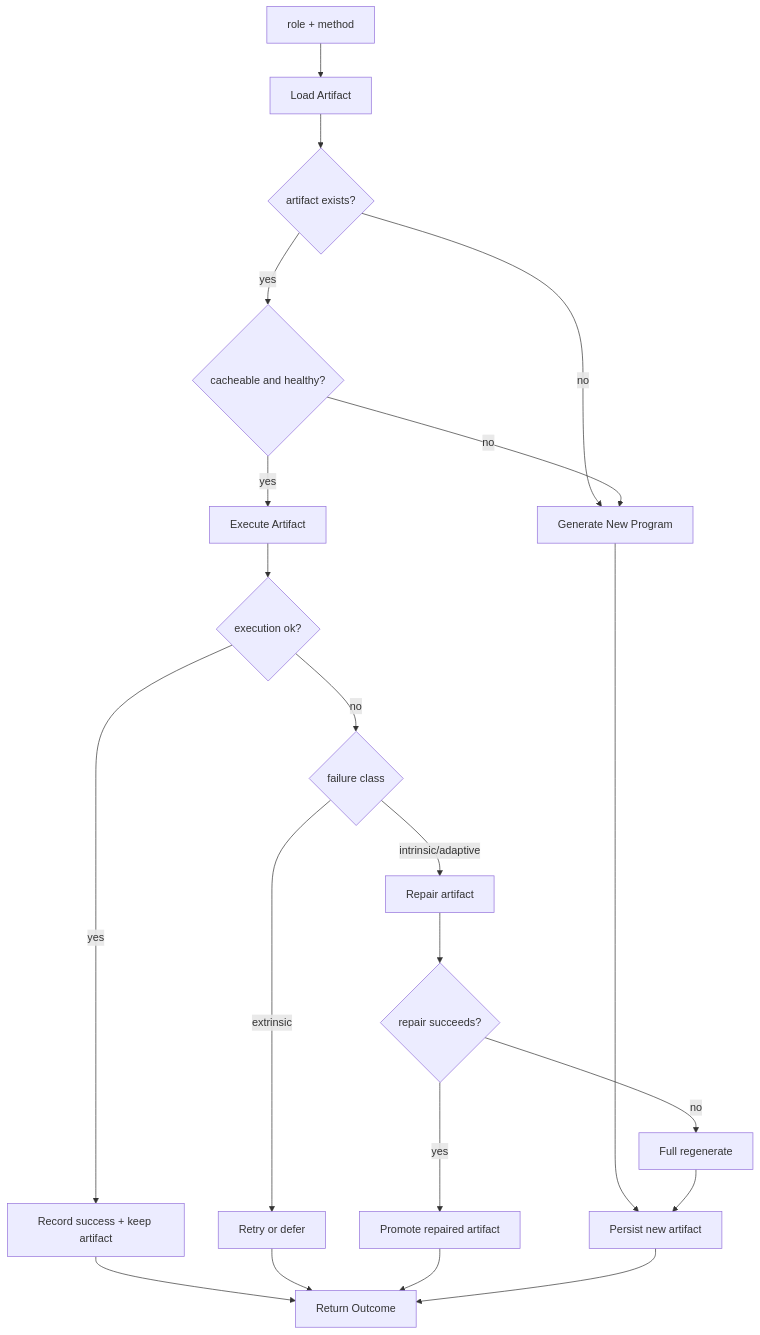
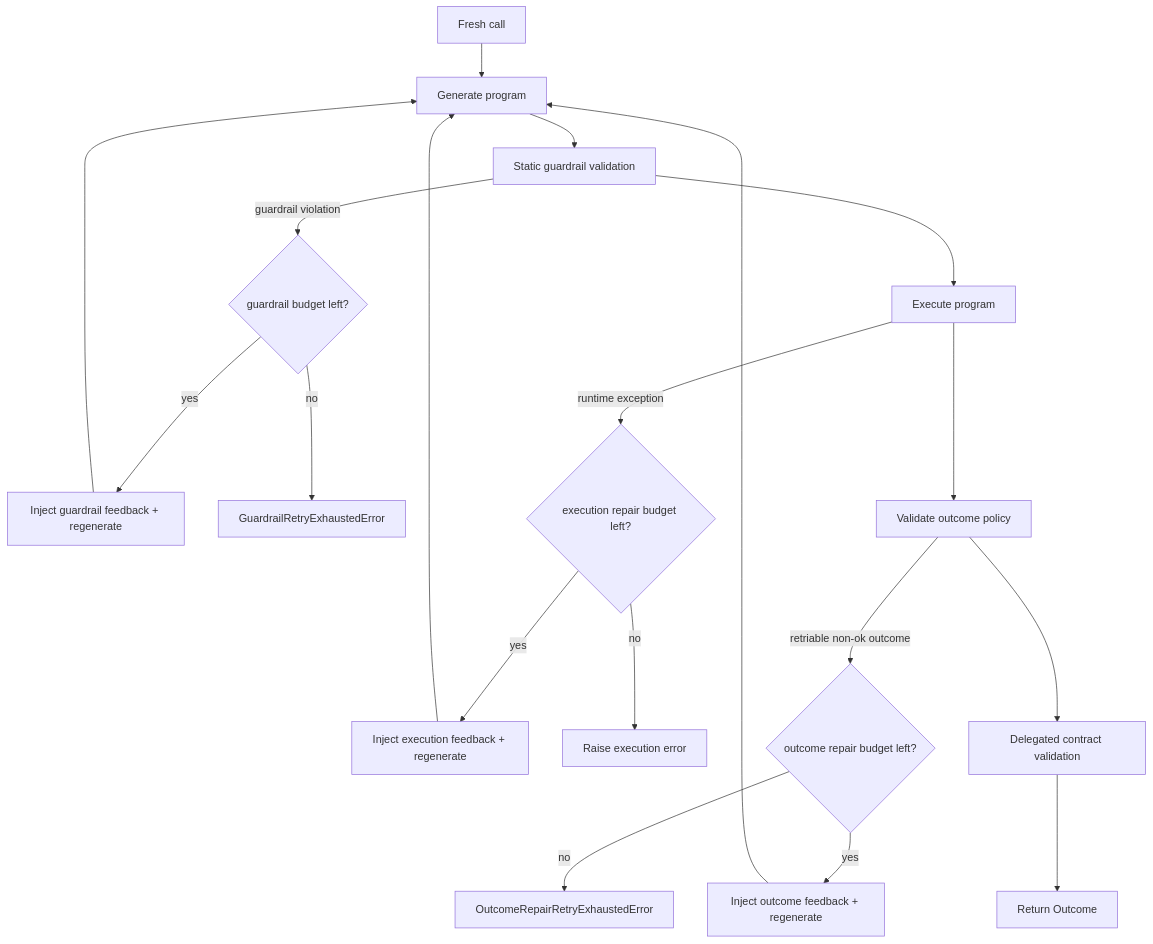
The third of 3 diagrams in docs/architecture.md (kulesh/recurgent), drawn with Mermaid before and after one commit. The commit also changed other lines of this file and 17 other files, not shown here.

Commit message:
docs: reorganize plans and refresh architecture + README

````diff
--- a/docs/architecture.md
+++ b/docs/architecture.md
@@ -84,23 +109,24 @@
 ```mermaid
 flowchart TD
-  Start[role + method] --> Load[Load Artifact]
-  Load --> Missing{artifact exists?}
-  Missing -- no --> Generate[Generate New Program]
-  Missing -- yes --> Eligible{cacheable and healthy?}
-  Eligible -- no --> Generate
-  Eligible -- yes --> Run[Execute Artifact]
-  Run --> ExecOK{execution ok?}
-  ExecOK -- yes --> Keep[Record success + keep artifact]
-  ExecOK -- no --> FailureClass{failure class}
-  FailureClass -->|extrinsic| Retry[Retry or defer]
-  FailureClass -->|intrinsic/adaptive| Repair[Repair artifact]
-  Repair --> RepairOK{repair succeeds?}
-  RepairOK -- yes --> Promote[Promote repaired artifact]
-  RepairOK -- no --> Regenerate[Full regenerate]
-  Generate --> Persist[Persist new artifact]
-  Regenerate --> Persist
-  Keep --> End[Return Outcome]
-  Retry --> End
-  Promote --> End
-  Persist --> End
+  Start[Fresh call] --> Generate[Generate program]
+  Generate --> Validate[Static guardrail validation]
+  Validate -->|guardrail violation| GRetry{guardrail budget left?}
+  GRetry -->|yes| RegenerateG[Inject guardrail feedback + regenerate]
+  RegenerateG --> Generate
+  GRetry -->|no| GExhaust[GuardrailRetryExhaustedError]
+
+  Validate --> Execute[Execute program]
+  Execute -->|runtime exception| ERetry{execution repair budget left?}
+  ERetry -->|yes| RegenerateE[Inject execution feedback + regenerate]
+  RegenerateE --> Generate
+  ERetry -->|no| EFail[Raise execution error]
+
+  Execute --> OutcomePolicy[Validate outcome policy]
+  OutcomePolicy -->|retriable non-ok outcome| ORetry{outcome repair budget left?}
+  ORetry -->|yes| RegenerateO[Inject outcome feedback + regenerate]
+  RegenerateO --> Generate
+  ORetry -->|no| OExhaust[OutcomeRepairRetryExhaustedError]
+
+  OutcomePolicy --> Contract[Delegated contract validation]
+  Contract --> Success[Return Outcome]
 ```
````
